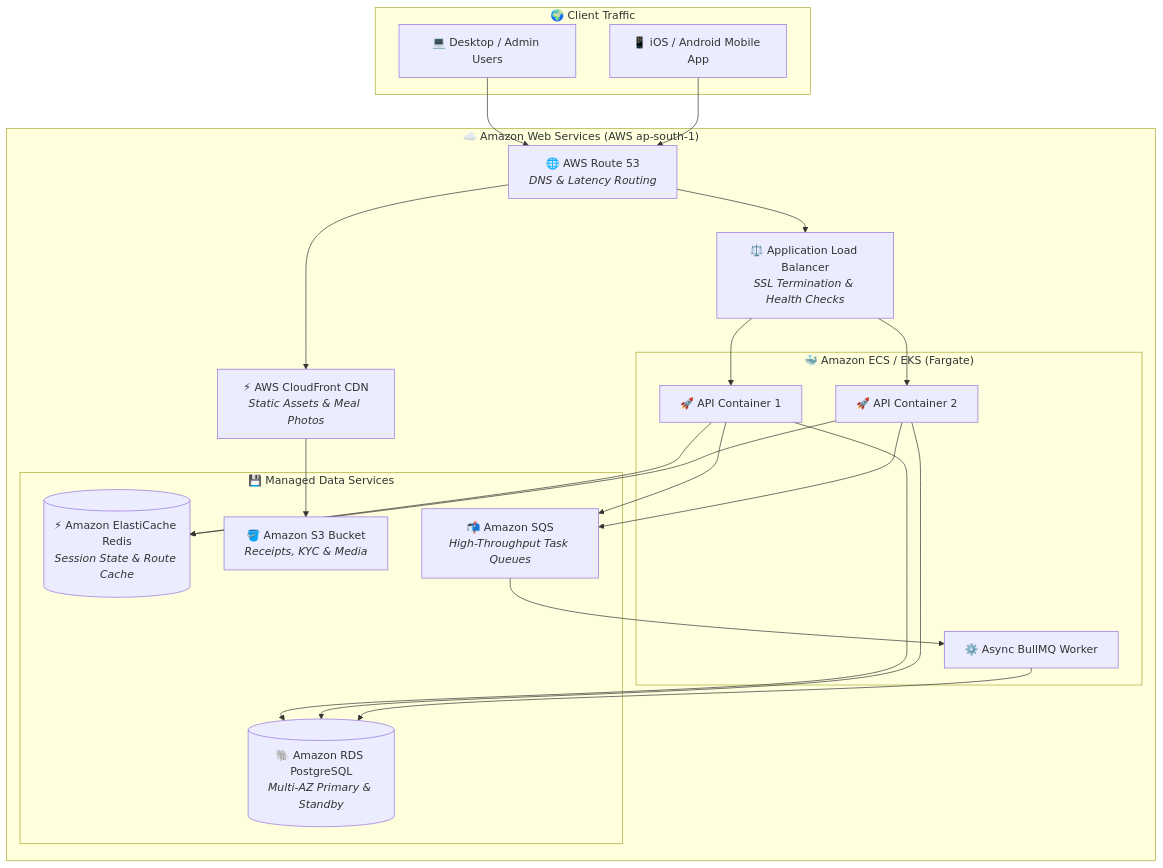
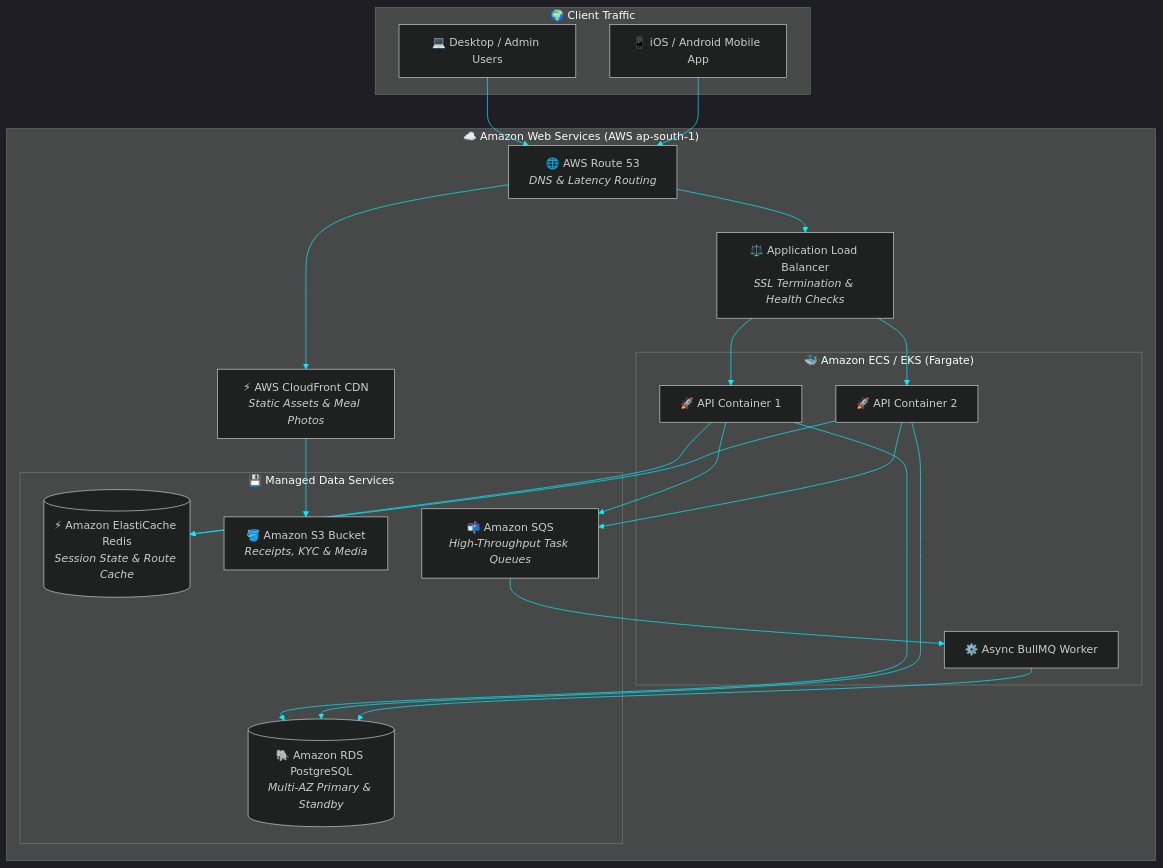
Before and after one commit to Gaurav-Khaladkar/UrbanThali-Foods: the sixth of 7 diagrams in README.md, drawn with Mermaid. The commit also changed other lines of this file and 4 other files, not shown here.

````diff
--- a/README.md
+++ b/README.md
@@ -836,37 +871,38 @@
 ```mermaid
+%%{init: {'theme': 'dark', 'themeVariables': { 'darkMode': true, 'background': '#090D16', 'primaryColor': '#F59E0B', 'primaryTextColor': '#FFFFFF', 'primaryBorderColor': '#D97706', 'lineColor': '#00F0FF', 'secondaryColor': '#00F59B', 'tertiaryColor': '#A855F7' }}}%%
 flowchart TD
     subgraph Users[" 🌍 Client Traffic "]
         WebUsers["💻 Desktop / Admin Users"]
         AppUsers["📱 iOS / Android Mobile App"]
     end
 
     subgraph AWSCloud[" ☁️ Amazon Web Services (AWS ap-south-1) "]
         Route53["🌐 AWS Route 53<br/><i>DNS & Latency Routing</i>"]
         CF["⚡ AWS CloudFront CDN<br/><i>Static Assets & Meal Photos</i>"]
         ALB["⚖️ Application Load Balancer<br/><i>SSL Termination & Health Checks</i>"]
         
         subgraph ComputeCluster[" 🐳 Amazon ECS / EKS (Fargate) "]
             APIContainer1["🚀 API Container 1"]
             APIContainer2["🚀 API Container 2"]
             WorkerContainer["⚙️ Async BullMQ Worker"]
         end
 
         subgraph StorageLayer[" 💾 Managed Data Services "]
             RDS[("🐘 Amazon RDS PostgreSQL<br/><i>Multi-AZ Primary & Standby</i>")]
             ElastiCache[("⚡ Amazon ElastiCache Redis<br/><i>Session State & Route Cache</i>")]
             S3["🪣 Amazon S3 Bucket<br/><i>Receipts, KYC & Media</i>"]
             SQS["📬 Amazon SQS<br/><i>High-Throughput Task Queues</i>"]
         end
     end
 
     WebUsers & AppUsers --> Route53
     Route53 --> CF
     Route53 --> ALB
     CF --> S3
     ALB --> APIContainer1 & APIContainer2
     APIContainer1 & APIContainer2 --> RDS
     APIContainer1 & APIContainer2 --> ElastiCache
     APIContainer1 & APIContainer2 --> SQS
     SQS --> WorkerContainer
     WorkerContainer --> RDS
 ```
````
